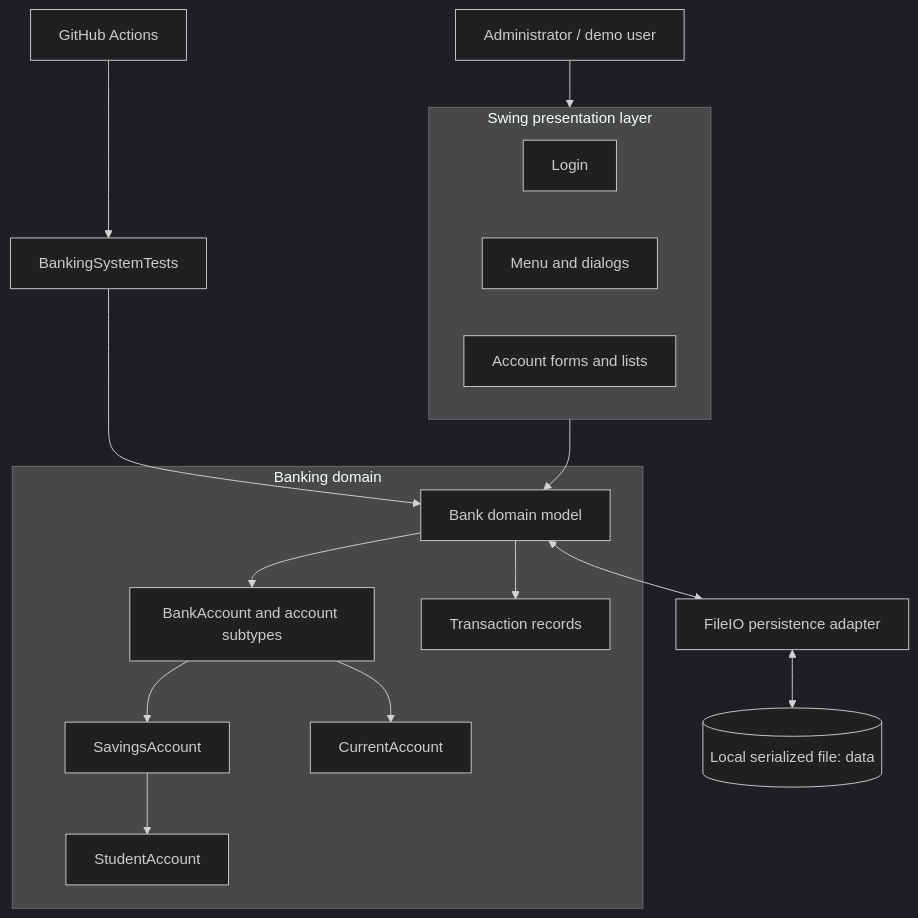
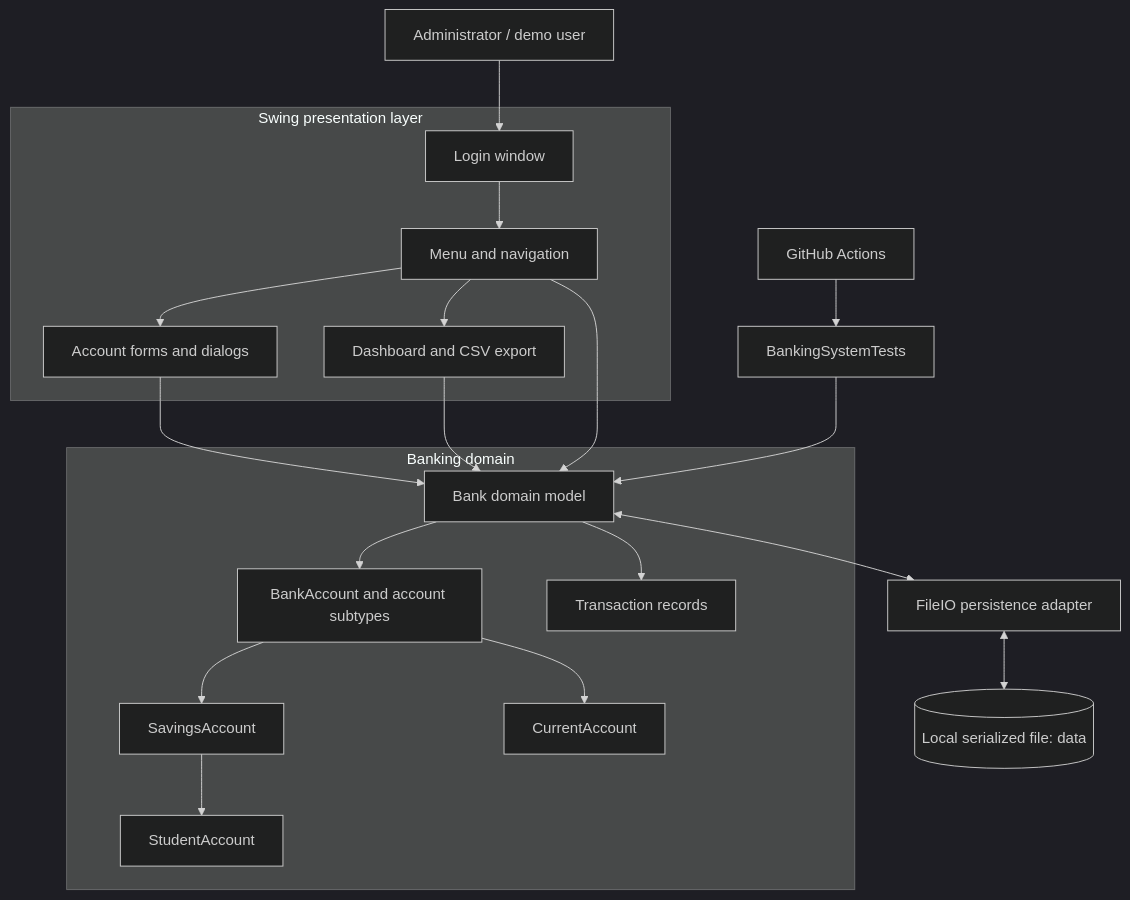
Before and after one commit to purnendu2318/Banking-Management-System: the diagram in docs/ARCHITECTURE.md, drawn with Mermaid (dark theme). The commit also changed other lines of this file and 2 other files, not shown here.

Commit message:
Expand banking validation tests and refine architecture docs

````diff
--- a/docs/ARCHITECTURE.md
+++ b/docs/ARCHITECTURE.md
@@ -9,21 +9,28 @@
 ```mermaid
 flowchart TD
-    U[Administrator / demo user] --> UI[Swing presentation layer]
-    subgraph UI[Swing presentation layer]
-        L[Login]
-        M[Menu and dialogs]
-        A[Account forms and lists]
+    USER[Administrator / demo user]
+    subgraph PRESENTATION["Swing presentation layer"]
+        LOGIN[Login window]
+        MENU[Menu and navigation]
+        FORMS[Account forms and dialogs]
+        REPORTS[Dashboard and CSV export]
+        LOGIN --> MENU
+        MENU --> FORMS
+        MENU --> REPORTS
     end
-    UI --> B[Bank domain model]
-    subgraph DOMAIN[Banking domain]
-        B --> BA[BankAccount and account subtypes]
-        B --> T[Transaction records]
-        BA --> S[SavingsAccount]
-        BA --> C[CurrentAccount]
-        S --> ST[StudentAccount]
+    USER --> LOGIN
+    FORMS --> BANK[Bank domain model]
+    REPORTS --> BANK
+    MENU --> BANK
+    subgraph DOMAIN["Banking domain"]
+        BANK --> ACCOUNT[BankAccount and account subtypes]
+        BANK --> TX[Transaction records]
+        ACCOUNT --> SAVINGS[SavingsAccount]
+        ACCOUNT --> CURRENT[CurrentAccount]
+        SAVINGS --> STUDENT[StudentAccount]
     end
-    B <--> F[FileIO persistence adapter]
-    F <--> D[(Local serialized file: data)]
-    TEST[BankingSystemTests] --> B
-    CI[GitHub Actions] --> TEST
+    BANK <--> FILEIO[FileIO persistence adapter]
+    FILEIO <--> DATA[(Local serialized file: data)]
+    TESTS[BankingSystemTests] --> BANK
+    CI[GitHub Actions] --> TESTS
 ```
````
